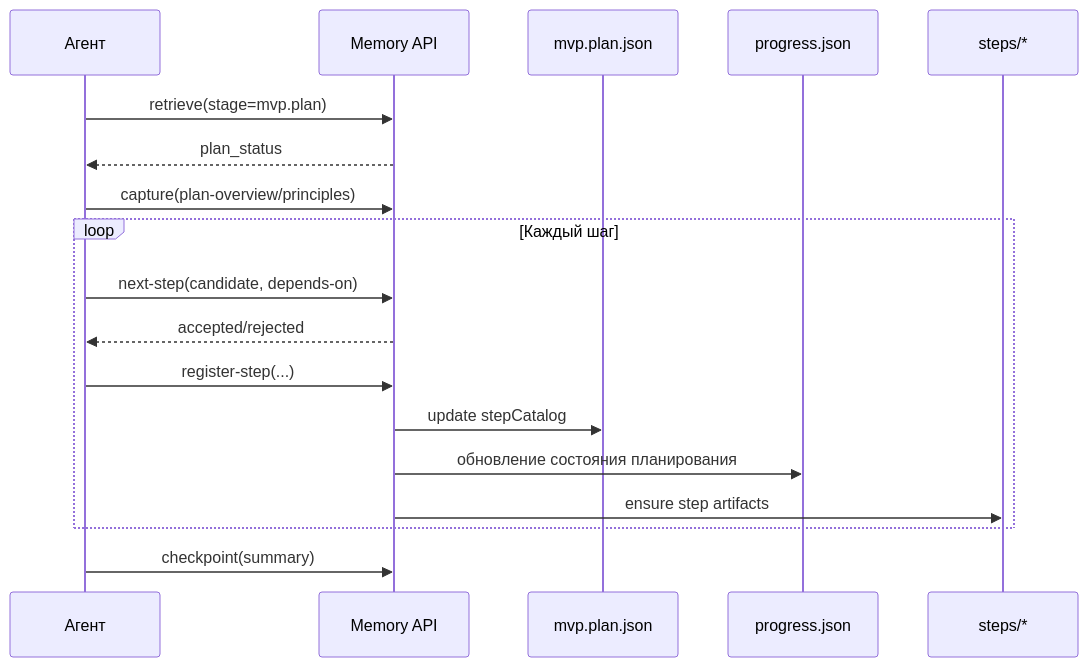
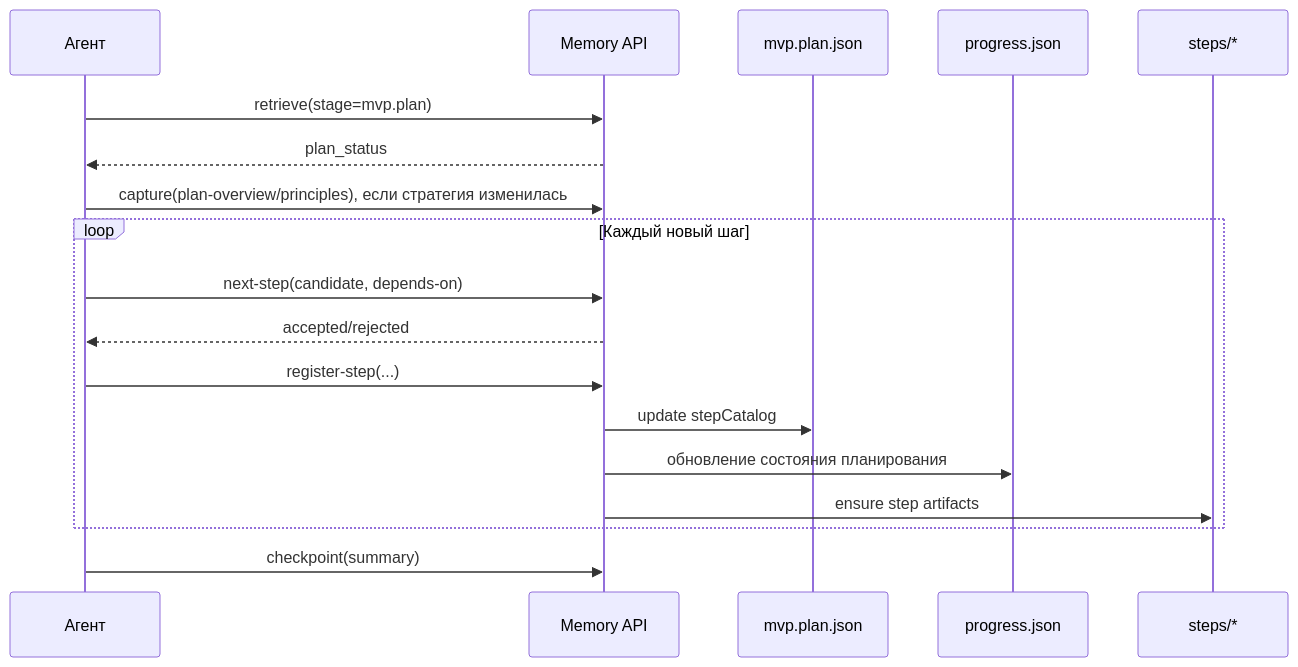
Before and after one commit to MADTeacher/MADSpec: the second of 4 diagrams in docs/mvp/madspec.mvp.plan.md, drawn with Mermaid. The commit also changed other lines of this file and 7 other files, not shown here.

````diff
--- a/docs/mvp/madspec.mvp.plan.md
+++ b/docs/mvp/madspec.mvp.plan.md
@@ -134,21 +136,21 @@
 ```mermaid
 sequenceDiagram
     participant A as Агент
     participant M as Memory API
     participant P as mvp.plan.json
     participant R as progress.json
     participant S as steps/*
 
     A->>M: retrieve(stage=mvp.plan)
     M-->>A: plan_status
-    A->>M: capture(plan-overview/principles)
-    loop Каждый шаг
+    A->>M: capture(plan-overview/principles), если стратегия изменилась
+    loop Каждый новый шаг
         A->>M: next-step(candidate, depends-on)
         M-->>A: accepted/rejected
         A->>M: register-step(...)
         M->>P: update stepCatalog
         M->>R: обновление состояния планирования
         M->>S: ensure step artifacts
     end
     A->>M: checkpoint(summary)
 ```
````
